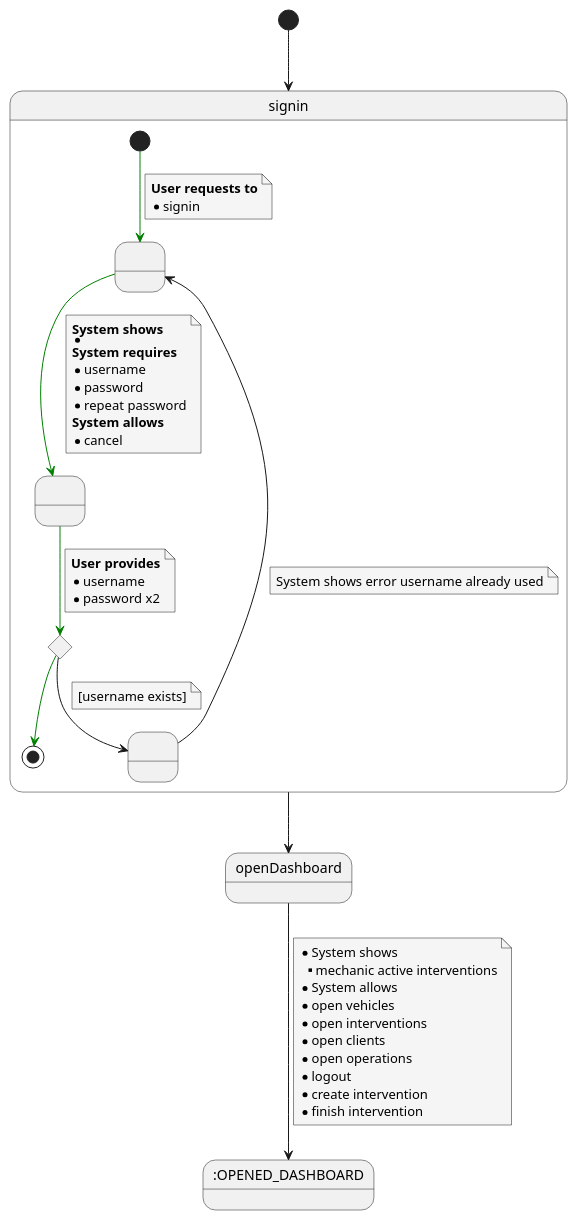
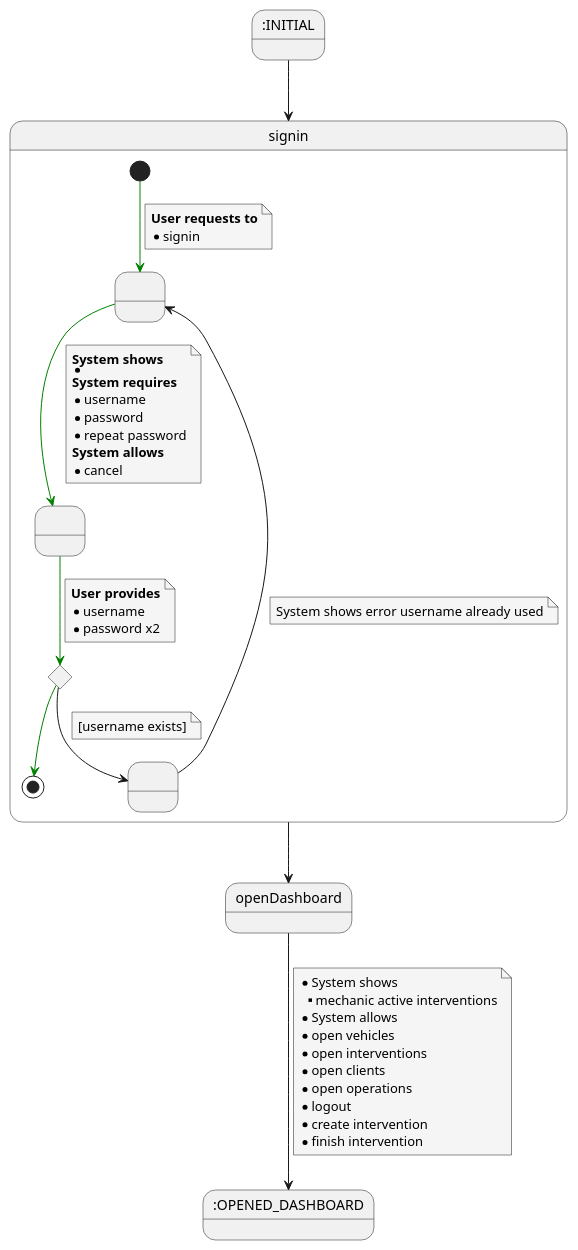
The diagram in documentation/1requiremets/usecases_specification/puml/signin.puml (Ruskab/agrimManager), drawn with PlantUML before and after one commit. The commit also changed 13 other files, not shown here.

```diff
--- a/documentation/1requiremets/usecases_specification/puml/signin.puml
+++ b/documentation/1requiremets/usecases_specification/puml/signin.puml
@@ -1,72 +1,73 @@
 @startuml
 skinparam {
     NoteBackgroundColor #whiteSmoke
 }
 
 state 7 as ":OPENED_DASHBOARD"
+state startState as ":INITIAL"
 
-[*] --> signin
+startState --> signin
 
 state signin {
 state 2 as " "
 state 3 as " "
 state 9 as " "
 state 4 <<choice>>
 
 [*] -[#Green]-> 2
 note on link
     <b>User requests to</b>
     * signin
 end note
 
 2 -[#Green]-> 3
 note on link
 <b>System shows</b>
 *  
 <b>System requires</b>
 * username
 * password
 * repeat password
 <b>System allows</b>
 * cancel
 end note
 
 3 -[#Green]-> 4
 note on link
 <b>User provides</b>
 * username
 * password x2
 end note
 
 4 -[#Green]-> [*]
 
 4 --> 9
 note on link
 [username exists]
 end note
 
 9 --> 2
 note on link
     System shows error username already used
 end note
 
 }
 
 signin --> openDashboard
 
 openDashboard --> 7
 note on link
     * System shows
     ** mechanic active interventions
     * System allows
     * open vehicles
     * open interventions
     * open clients
     * open operations
     * logout
     * create intervention
     * finish intervention
 end note
 
 
 @enduml
```
